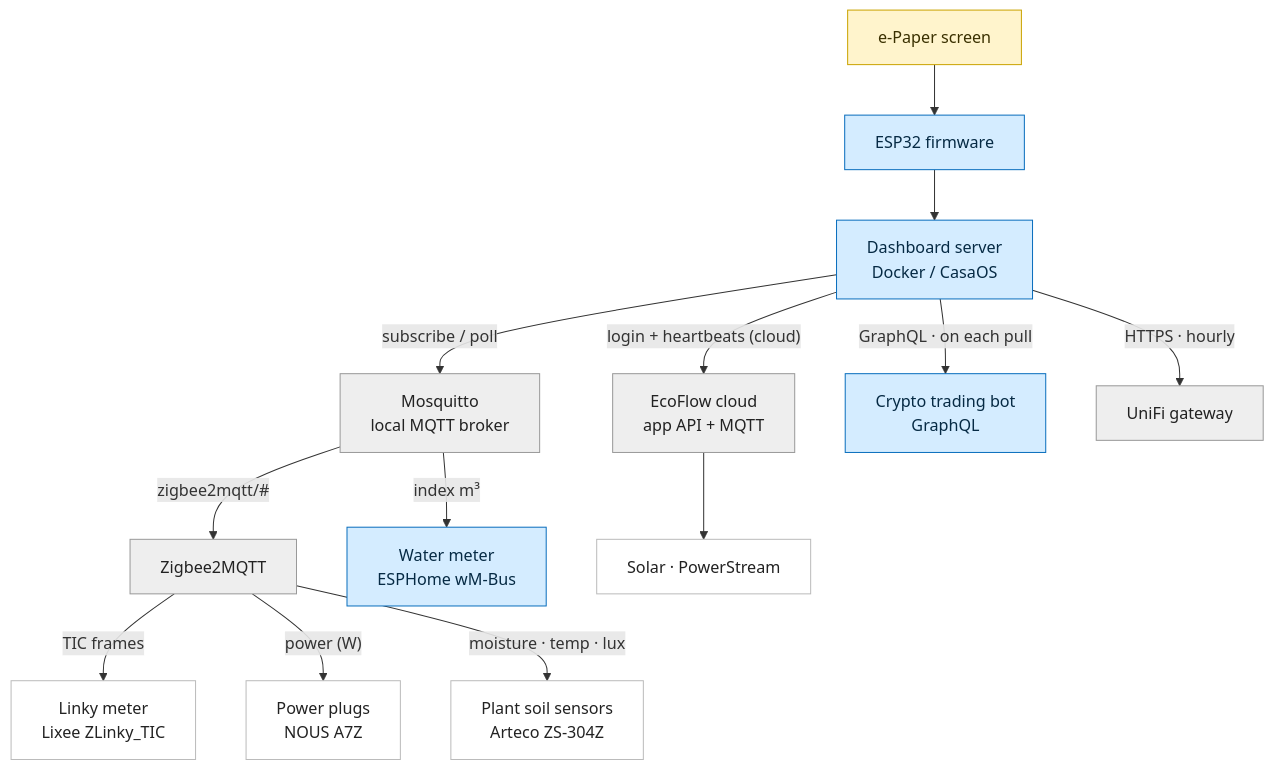
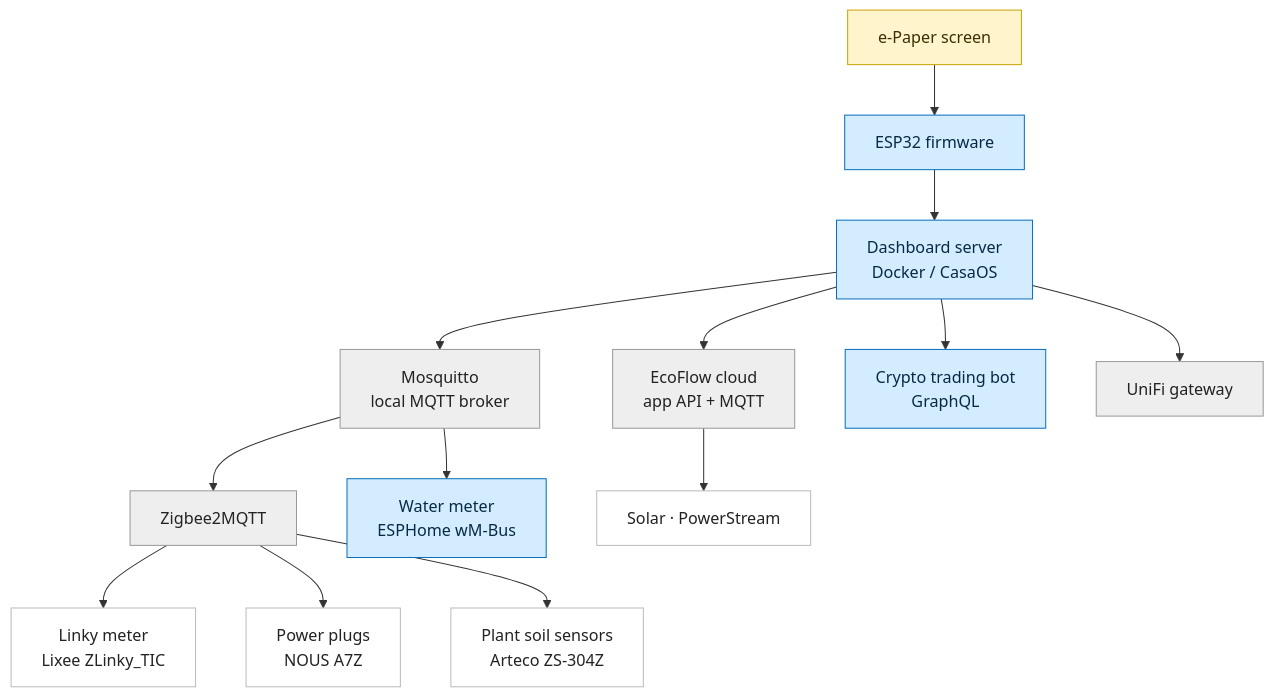
One commit to moifort/home-dashboard changed the diagram in README.md. Above: the diagram before and after it, drawn with Mermaid.

Commit message:
docs: remove all arrow labels from the architecture diagram
Strips the remaining edge text (SPI, subscribe/poll, zigbee2mqtt/#, TIC
frames, power, moisture/temp/lux, index m³, login+heartbeats, GraphQL, HTTPS)
so the diagram reads as a clean connection tree; the note below it still
explains direction and MQTT push/poll.

````diff
--- a/README.md
+++ b/README.md
@@ -19,38 +19,38 @@
 ```mermaid
 flowchart TD
     SCREEN["e-Paper screen"]:::hw
     ESP["ESP32 firmware"]:::mine
     SERVER["Dashboard server<br/>Docker / CasaOS"]:::mine
 
     SCREEN --> ESP
     ESP --> SERVER
 
     MOSQ["Mosquitto<br/>local MQTT broker"]:::ext
     Z2M["Zigbee2MQTT"]:::ext
     LINKY["Linky meter<br/>Lixee ZLinky_TIC"]:::dev
     PLUGS["Power plugs<br/>NOUS A7Z"]:::dev
     PLANTS["Plant soil sensors<br/>Arteco ZS-304Z"]:::dev
     WATER["Water meter<br/>ESPHome wM-Bus"]:::mine
 
-    SERVER -->|"subscribe / poll"| MOSQ
-    MOSQ -->|"zigbee2mqtt/#"| Z2M
-    MOSQ -->|"index m³"| WATER
-    Z2M -->|"TIC frames"| LINKY
-    Z2M -->|"power (W)"| PLUGS
-    Z2M -->|"moisture · temp · lux"| PLANTS
+    SERVER --> MOSQ
+    MOSQ --> Z2M
+    MOSQ --> WATER
+    Z2M --> LINKY
+    Z2M --> PLUGS
+    Z2M --> PLANTS
 
     ECO["EcoFlow cloud<br/>app API + MQTT"]:::ext
     PV["Solar · PowerStream"]:::dev
-    SERVER -->|"login + heartbeats (cloud)"| ECO
+    SERVER --> ECO
     ECO --> PV
 
     CRYPTO["Crypto trading bot<br/>GraphQL"]:::mine
     UNIFI["UniFi gateway"]:::ext
-    SERVER -->|"GraphQL · on each pull"| CRYPTO
-    SERVER -->|"HTTPS · hourly"| UNIFI
+    SERVER --> CRYPTO
+    SERVER --> UNIFI
 
     classDef mine fill:#d4ecff,stroke:#0a6ebd,color:#062a44;
     classDef ext  fill:#eeeeee,stroke:#999999,color:#222222;
     classDef dev  fill:#ffffff,stroke:#bbbbbb,color:#222222;
     classDef hw   fill:#fff4cc,stroke:#caa300,color:#3a3000;
 ```
````
